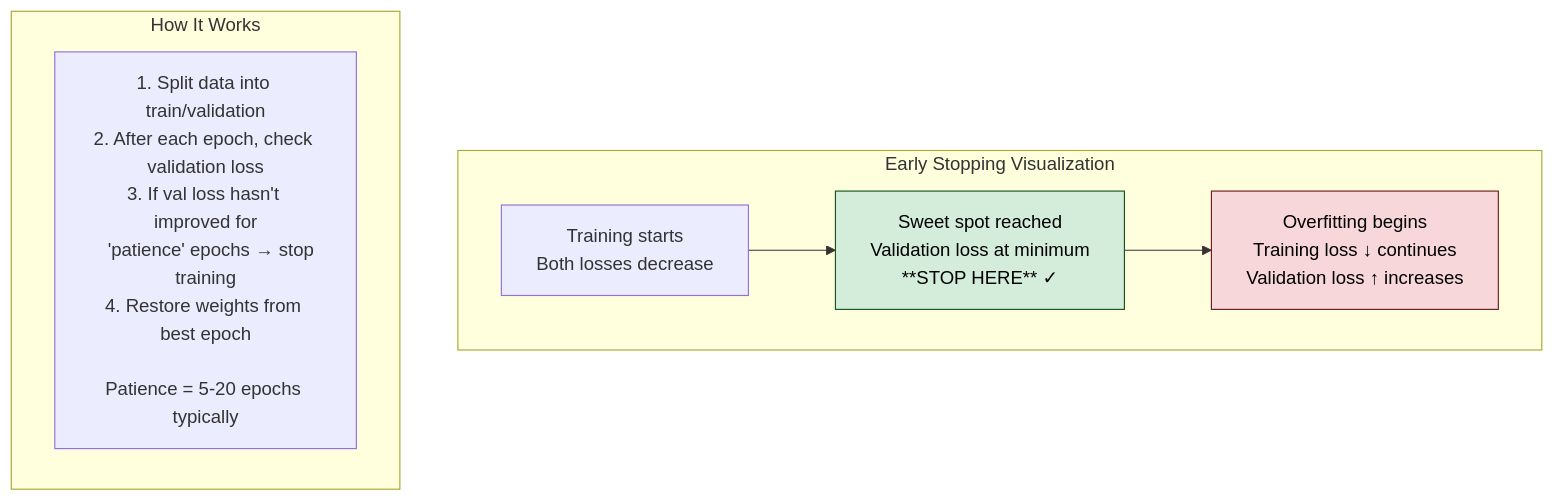
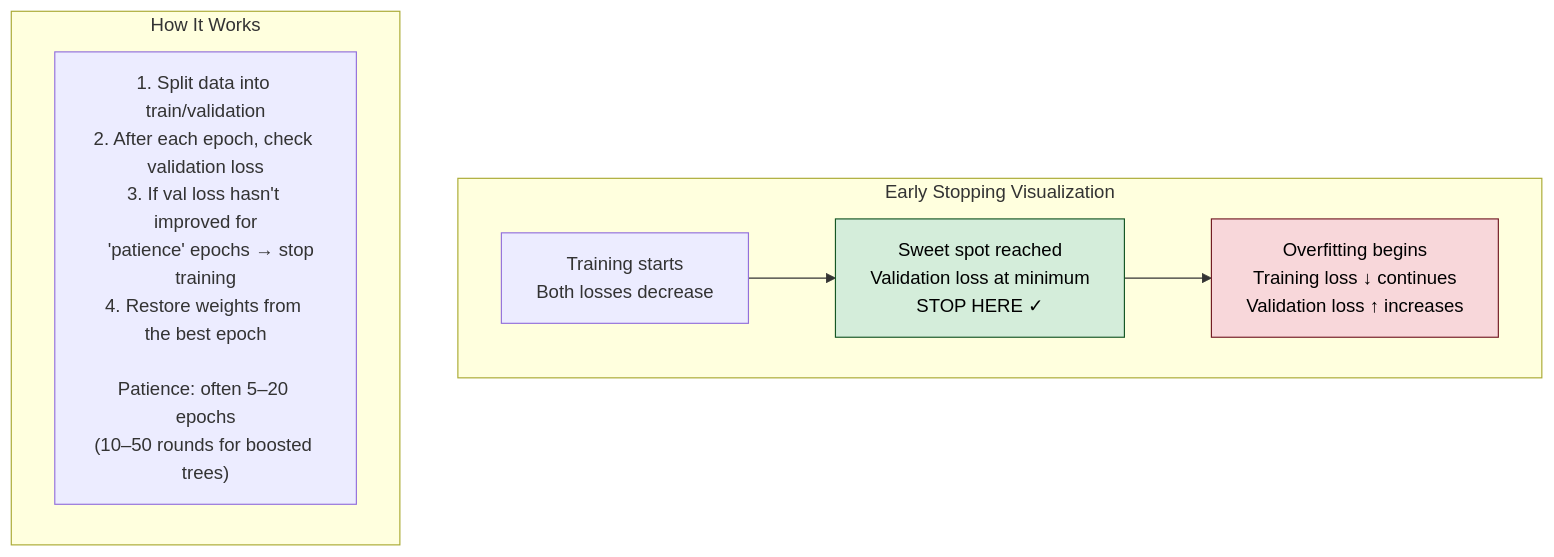
Diagram 13 of 47 in content/34_google_top10_ml_interview.md (Hmago/ml4), drawn with Mermaid before and after one commit. The commit also changed other lines of this file and 59 other files, not shown here.

````diff
--- a/content/34_google_top10_ml_interview.md
+++ b/content/34_google_top10_ml_interview.md
@@ -796,14 +1064,14 @@
 ```mermaid
 graph TD
     subgraph "Early Stopping Visualization"
-        A["Training starts<br/>Both losses decrease"] --> B["Sweet spot reached<br/>Validation loss at minimum<br/>**STOP HERE** ✓"]
+        A["Training starts<br/>Both losses decrease"] --> B["Sweet spot reached<br/>Validation loss at minimum<br/>STOP HERE ✓"]
         B --> C["Overfitting begins<br/>Training loss ↓ continues<br/>Validation loss ↑ increases"]
     end
 
     subgraph "How It Works"
-        D["1. Split data into train/validation<br/>2. After each epoch, check validation loss<br/>3. If val loss hasn't improved for<br/>   'patience' epochs → stop training<br/>4. Restore weights from best epoch<br/><br/>Patience = 5-20 epochs typically"]
+        D["1. Split data into train/validation<br/>2. After each epoch, check validation loss<br/>3. If val loss hasn't improved for<br/>   'patience' epochs → stop training<br/>4. Restore weights from the best epoch<br/><br/>Patience: often 5–20 epochs<br/>(10–50 rounds for boosted trees)"]
     end
 
     style B fill:#d4edda,stroke:#155724,color:#000
     style C fill:#f8d7da,stroke:#721c24,color:#000
 ```
````
